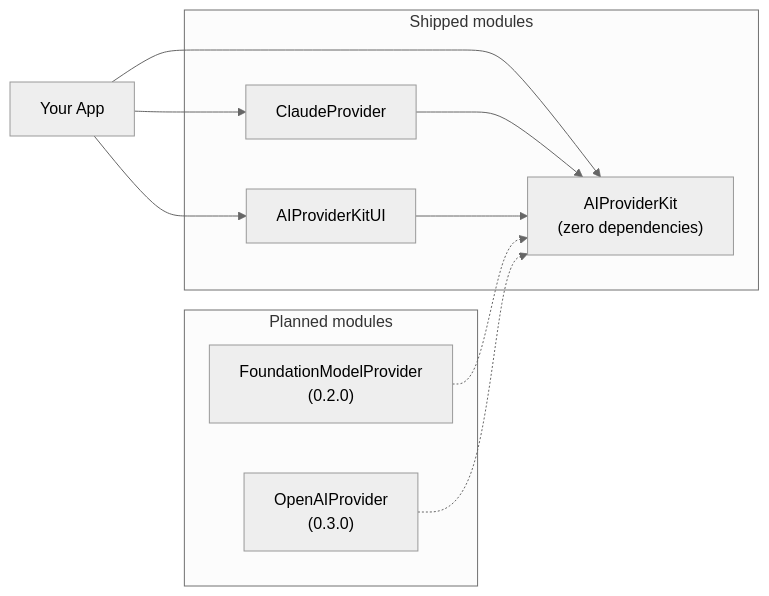
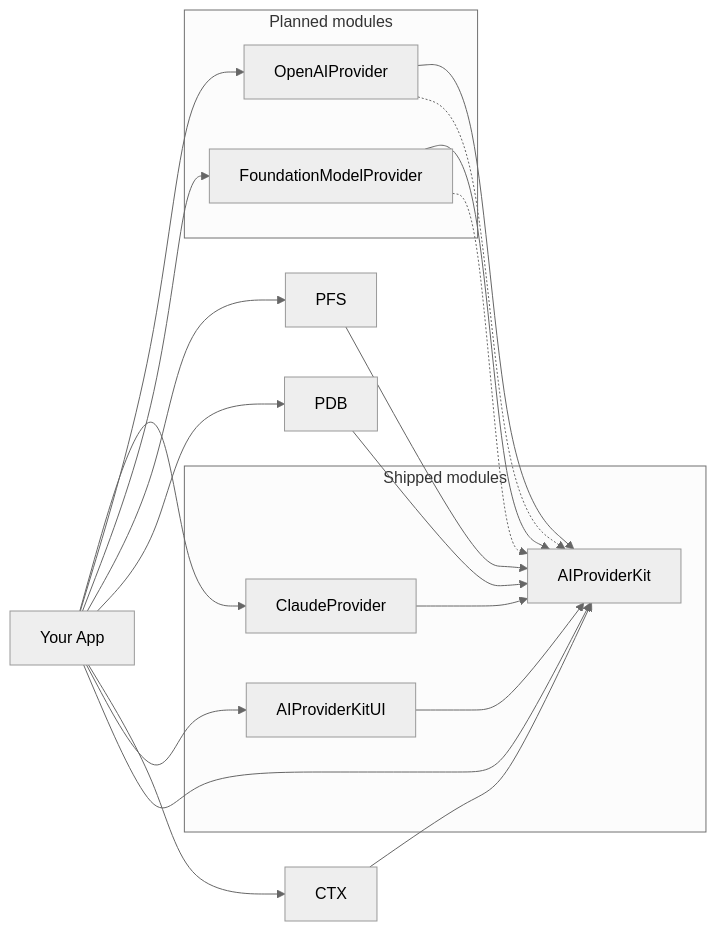
The first of 9 diagrams in Documentation/Architecture.md (molayab/swift-ai-provider-kit), drawn with Mermaid (neutral theme) before and after one commit. The commit also changed other lines of this file and 5 other files, not shown here.

First line of the commit message:
Documentation improvements around Architecture and Roadmap. (#4)

````diff
--- a/Documentation/Architecture.md
+++ b/Documentation/Architecture.md
@@ -34,24 +34,34 @@
 ```mermaid
 graph LR
     App["Your App"]
 
     subgraph shipped["Shipped modules"]
-        Core["AIProviderKit\n(zero dependencies)"]
+        Core["AIProviderKit"]
         Claude["ClaudeProvider"]
         UI["AIProviderKitUI"]
     end
 
     subgraph planned["Planned modules"]
-        FM["FoundationModelProvider\n(0.2.0)"]
-        OpenAI["OpenAIProvider\n(0.3.0)"]
+        FM["FoundationModelProvider"]
+        OpenAI["OpenAIProvider"]
     end
 
     App --> Claude
+    App --> OpenAI
+    App --> FM
+    App --> PFS
+    App --> PDB
+    App --> CTX
     App --> UI
     App --> Core
 
     Claude --> Core
+    OpenAI --> Core
+    FM --> Core
+    PFS --> Core
+    PDB --> Core
+    CTX --> Core
     UI --> Core
     FM -.-> Core
     OpenAI -.-> Core
 ```
````
